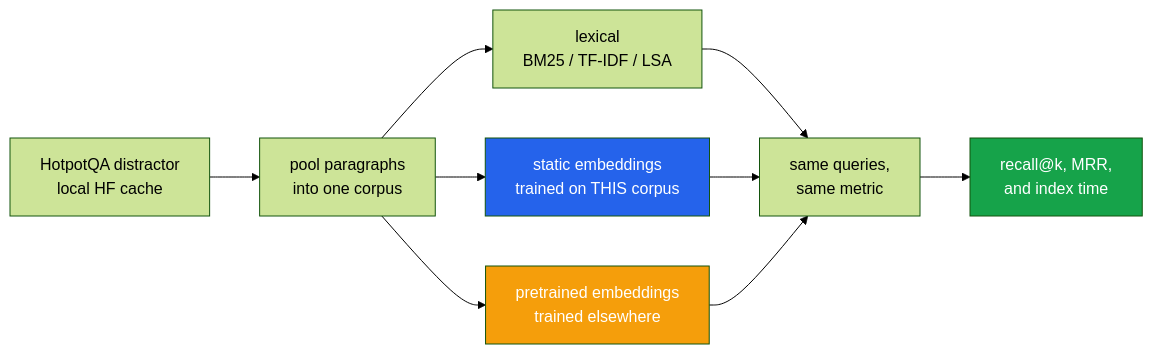
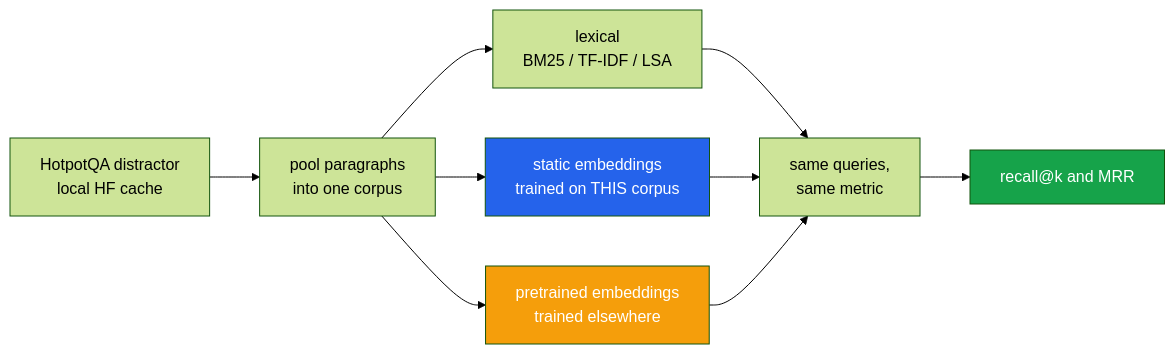
Before and after one commit to hammas159/nlp-lab: the diagram in projects/01_embedding_fair_comparison/README.md, drawn with Mermaid (forest theme). The commit also changed other lines of this file and 6 other files, not shown here.

````diff
--- a/projects/01_embedding_fair_comparison/README.md
+++ b/projects/01_embedding_fair_comparison/README.md
@@ -76,15 +122,15 @@
 ```mermaid
 flowchart LR
     H["HotpotQA distractor<br/>local HF cache"] --> C["pool paragraphs<br/>into one corpus"]
     C --> L["lexical<br/>BM25 / TF-IDF / LSA"]
     C --> S["static embeddings<br/>trained on THIS corpus"]
     C --> P["pretrained embeddings<br/>trained elsewhere"]
     L --> E["same queries,<br/>same metric"]
     S --> E
     P --> E
-    E --> R["recall@k, MRR,<br/>and index time"]
+    E --> R["recall@k and MRR"]
 
     style S fill:#2563eb,color:#fff
     style P fill:#f59e0b,color:#fff
     style R fill:#16a34a,color:#fff
 ```
````
